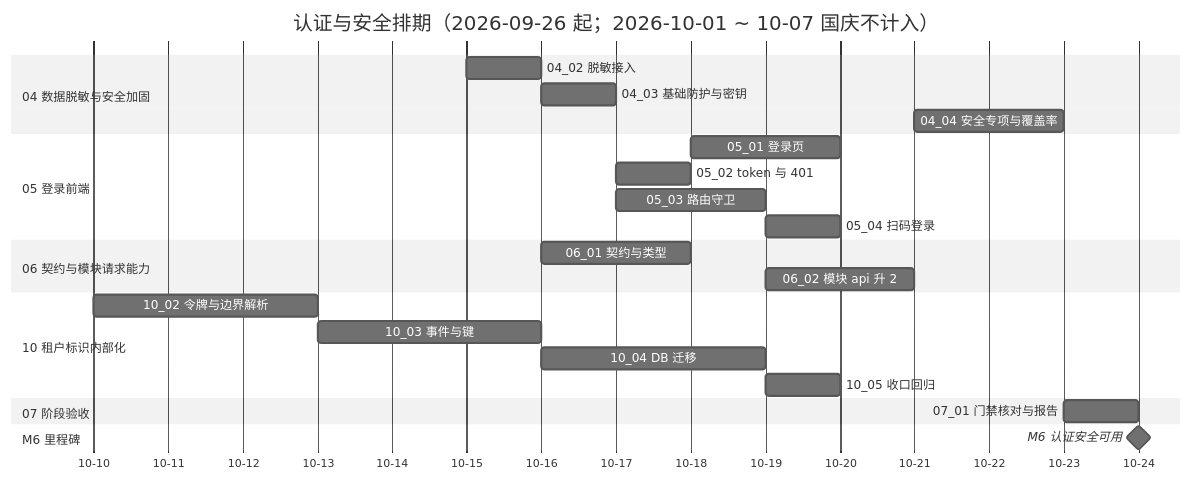
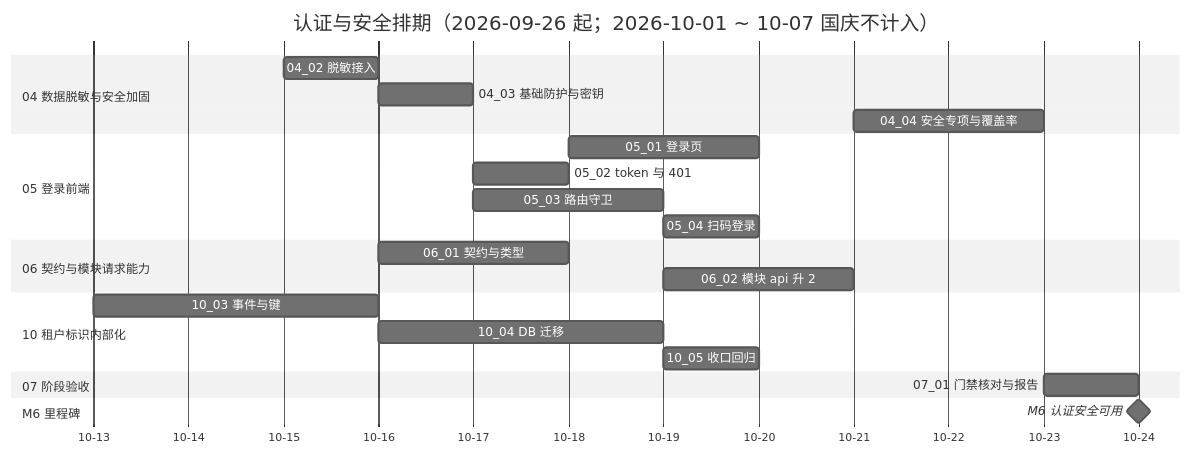
The diagram in bms文档/项目/06_认证与安全/计划/01_计划_认证与安全.md (minjian123/basic-management-system), drawn with Mermaid (neutral theme) before and after one commit. The commit also changed other lines of this file and 5 other files, not shown here.

````diff
--- a/bms文档/项目/06_认证与安全/计划/01_计划_认证与安全.md
+++ b/bms文档/项目/06_认证与安全/计划/01_计划_认证与安全.md
@@ -72,28 +72,27 @@
 ```mermaid
 gantt
     title 认证与安全排期（2026-09-26 起；2026-10-01 ~ 10-07 国庆不计入）
     dateFormat  YYYY-MM-DD
     axisFormat %m-%d
     section 04 数据脱敏与安全加固
     04_02 脱敏接入 :d2, 2026-10-15, 1d
     04_03 基础防护与密钥 :d3, 2026-10-16, 1d
     04_04 安全专项与覆盖率 :d4, 2026-10-21, 2d
     section 05 登录前端
     05_01 登录页 :e1, 2026-10-18, 2d
     05_02 token 与 401 :e2, 2026-10-17, 1d
     05_03 路由守卫 :e3, 2026-10-17, 2d
     05_04 扫码登录 :e4, 2026-10-19, 1d
     section 06 契约与模块请求能力
     06_01 契约与类型 :f1, 2026-10-16, 2d
     06_02 模块 api 升 2 :f2, 2026-10-19, 2d
     section 10 租户标识内部化
-    10_02 令牌与边界解析 :j2, 2026-10-10, 3d
     10_03 事件与键 :j3, 2026-10-13, 3d
     10_04 DB 迁移 :j4, 2026-10-16, 3d
     10_05 收口回归 :j5, 2026-10-19, 1d
 
     section 07 阶段验收
     07_01 门禁核对与报告 :g1, 2026-10-23, 1d
     section M6 里程碑
     M6 认证安全可用 :milestone, mm6, 2026-10-24, 0d
 ```
````
